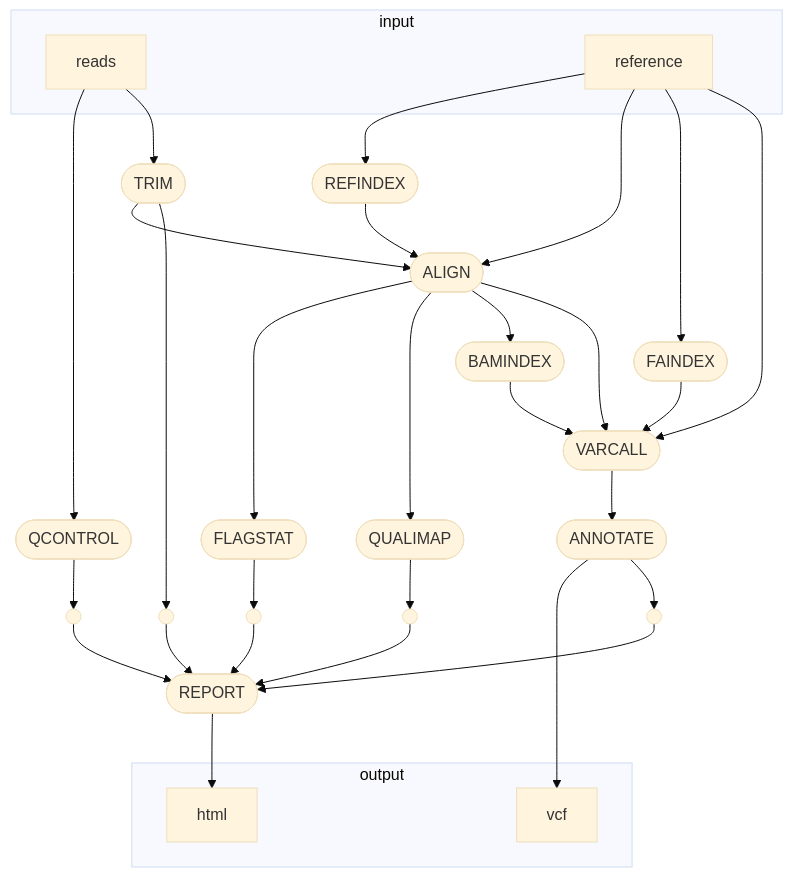
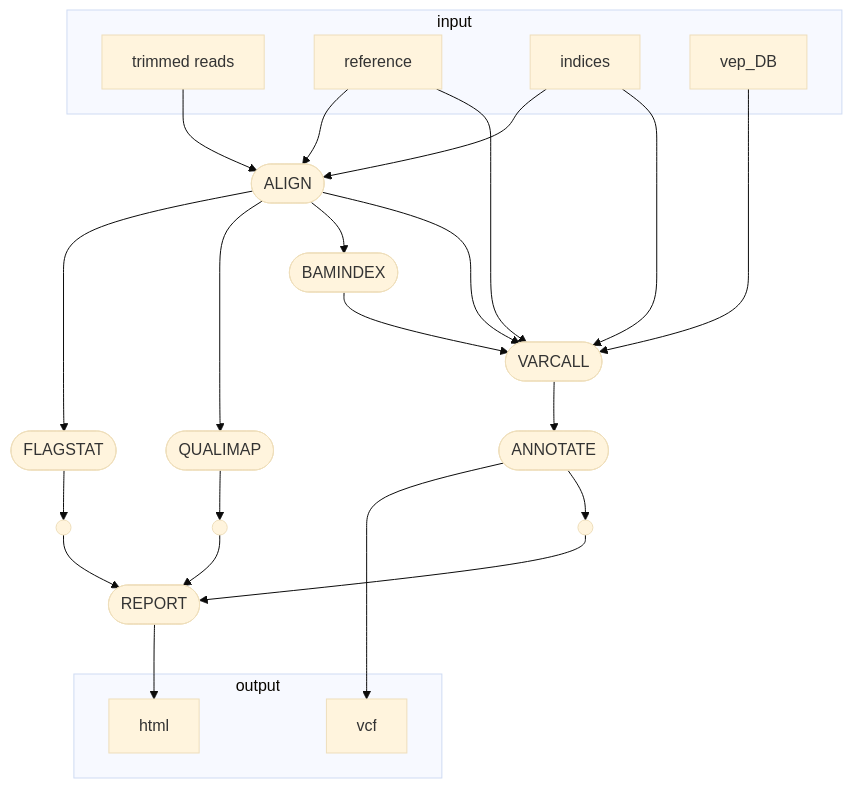
Before and after one commit to glebus-sasha/deepvariant_nf: the diagram in README.md, drawn with Mermaid. The commit also changed other lines of this file, not shown here.

````diff
--- a/README.md
+++ b/README.md
@@ -5,55 +5,44 @@
 ```mermaid
 %%{init: {'theme':'base'}}%%
 flowchart TB
     subgraph "input"
-    v0["reads"]
+    v0["trimmed reads"]
     v1["reference"]
+    v30["indices"]
+    v31["vep_DB"]
     end
-    v3([QCONTROL])
     subgraph "output"
     v18["vcf"]
     v25["html"]
     end
-    v5([TRIM])
     v8([ALIGN])
     v9([FLAGSTAT])
     v10([QUALIMAP])
-    v12([FAINDEX])
     v13([BAMINDEX])
     v14([VARCALL])
     v17([ANNOTATE])
     v24([REPORT])
-    v2([REFINDEX])
-    v19(( ))
-    v20(( ))
     v21(( ))
     v22(( ))
     v23(( ))
-    v0 --> v3
-    v0 --> v5
-    v1 --> v2
-    v3 --> v20
-    v5 --> v8
-    v5 --> v19
+    v0 --> v8
     v1 --> v8
-    v2 --> v8
+    v30 --> v8
     v8 --> v9
     v8 --> v10
     v8 --> v13
     v8 --> v14
     v9 --> v21
     v10 --> v22
-    v1 --> v12
-    v12 --> v14
     v13 --> v14
     v1 --> v14
     v14 --> v17
     v17 --> v18
     v17 --> v23
-    v19 --> v24
-    v20 --> v24
+    v31 --> v14
+    v30 --> v14
     v21 --> v24
     v22 --> v24
     v23 --> v24
     v24 --> v25
 ```
````
